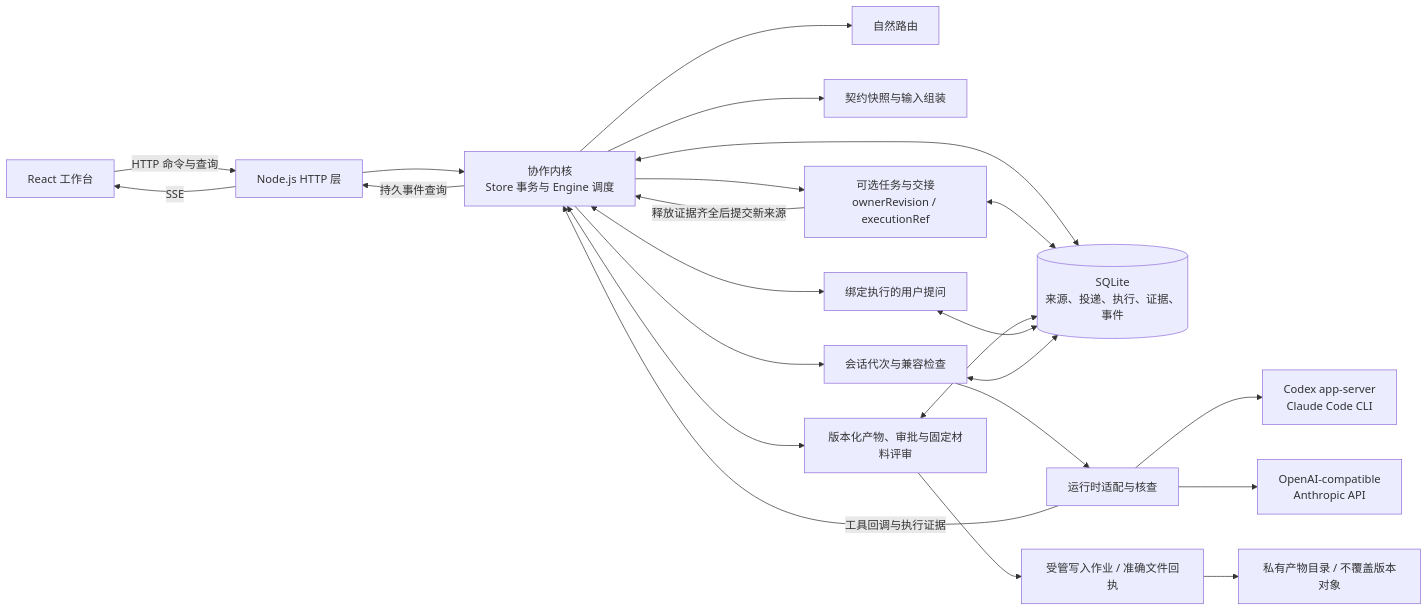
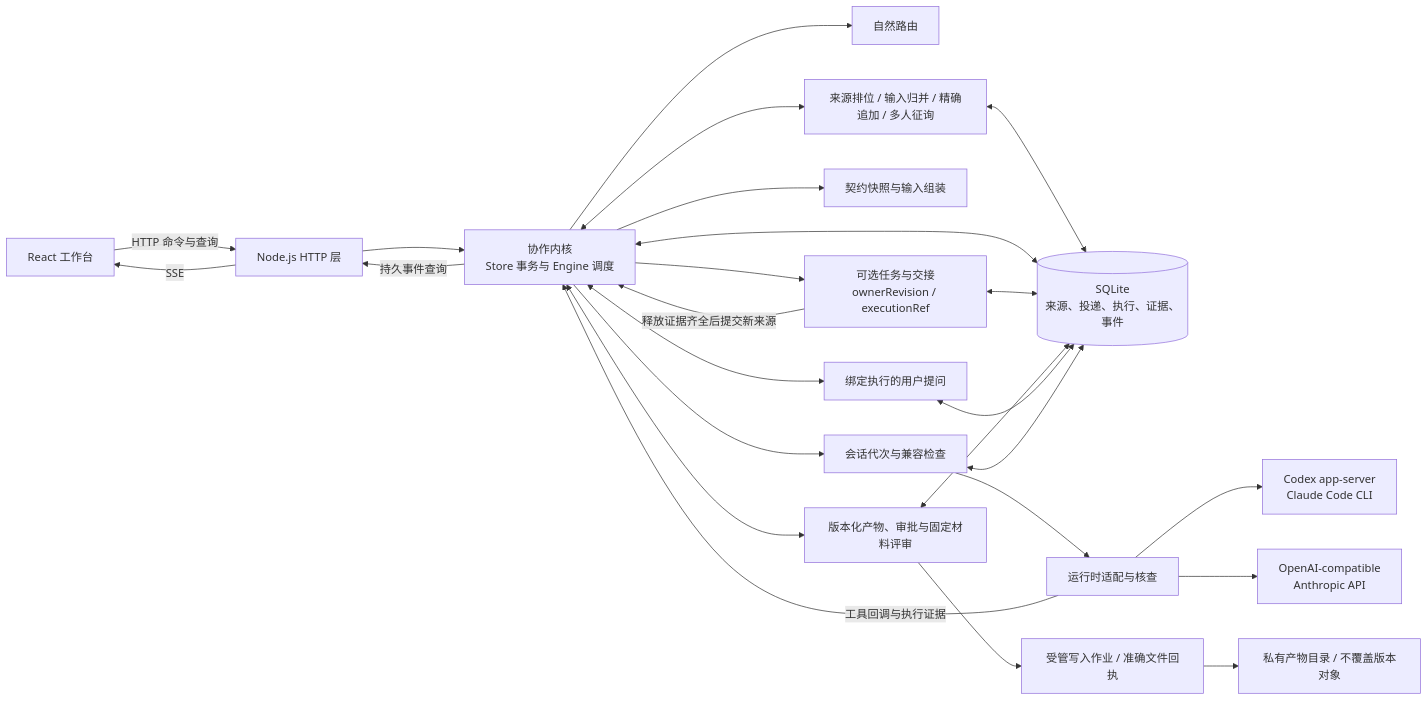
The first of 2 diagrams in README.md (cat15926/HydraOcto), drawn with Mermaid before and after one commit. The commit also changed other lines of this file and 30 other files, not shown here.

````diff
--- a/README.md
+++ b/README.md
@@ -25,25 +25,27 @@
 ```mermaid
 flowchart LR
   UI["React 工作台"] -->|"HTTP 命令与查询"| HTTP["Node.js HTTP 层"]
   HTTP --> CORE["协作内核<br/>Store 事务与 Engine 调度"]
   CORE --> ROUTE["自然路由"]
+  CORE <--> COOP["来源排位 / 输入归并 / 精确追加 / 多人征询"]
+  COOP <--> DB
   CORE --> CONTEXT["契约快照与输入组装"]
   CORE <--> DB[("SQLite<br/>来源、投递、执行、证据、事件")]
   CORE --> TASK["可选任务与交接<br/>ownerRevision / executionRef"]
   TASK <--> DB
   TASK -->|"释放证据齐全后提交新来源"| CORE
   CORE --> SESSION["会话代次与兼容检查"]
   CORE <--> ARTIFACT["版本化产物、审批与固定材料评审"]
   ARTIFACT <--> DB
   ARTIFACT --> JOB["受管写入作业 / 准确文件回执"]
   JOB --> FILES["私有产物目录 / 不覆盖版本对象"]
   CORE <--> QUESTION["绑定执行的用户提问"]
   QUESTION <--> DB
   SESSION <--> DB
   SESSION --> RUNTIME["运行时适配与核查"]
   RUNTIME --> CLI["Codex app-server<br/>Claude Code CLI"]
   RUNTIME --> API["OpenAI-compatible<br/>Anthropic API"]
   RUNTIME -->|"工具回调与执行证据"| CORE
   CORE -->|"持久事件查询"| HTTP
   HTTP -->|"SSE"| UI
 ```
````
